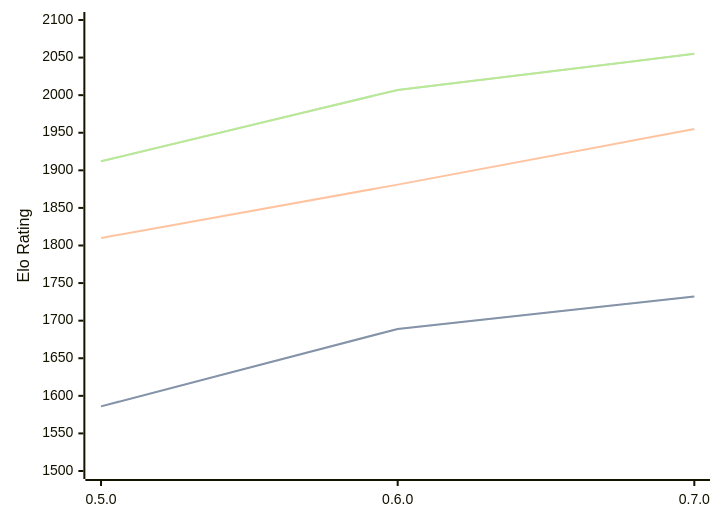
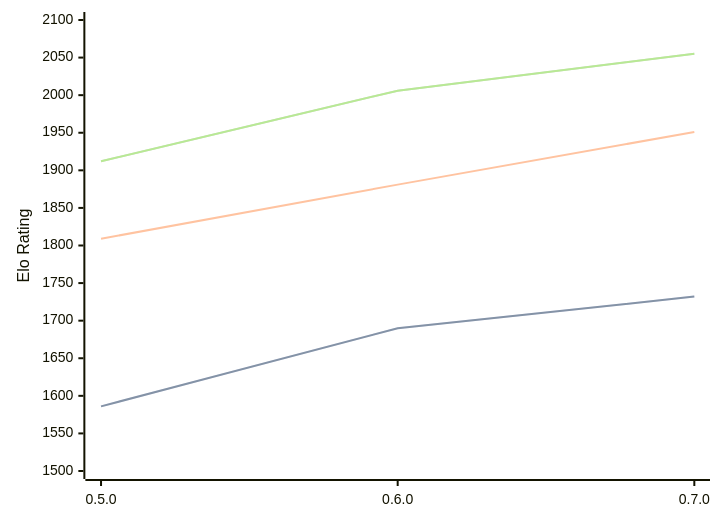
One commit to computer-chess-index/cci changed the diagram in engines/Chess-rs.md. Above: the diagram before and after it, drawn with Mermaid. The commit also changed other lines of this file, not shown here.

Commit message:
Update CCI Ratings (ELO VLTC) - 2026-03-22

````diff
--- a/engines/Chess-rs.md
+++ b/engines/Chess-rs.md
@@ -41,11 +41,11 @@
 ```mermaid
 %%{init: {"theme":"base","themeVariables":{"seriesColors:['#a3a3a3','#222221','#faa371']}}}%%
 xychart-beta
   x-axis ["0.5.0", "0.6.0", "0.7.0"]
   y-axis "Elo Rating" 1500 --> 2100
-  line "STC (8.0+0.08s)" [1586, 1689, 1732]
-  line "STC (8.0+0.08s)" [1586, 1689, 1732]
-  line "LTC (60.0+0.60s)" [1810, 1881, 1955]
-  line "VLTC (2m24s+1.12s)" [1912, 2007, 2055]
-  line "VLTC (2m24s+1.12s)" [1912, 2007, 2055]
+  line "STC (8.0+0.08s)" [1586, 1690, 1732]
+  line "STC (8.0+0.08s)" [1586, 1690, 1732]
+  line "LTC (60.0+0.60s)" [1809, 1881, 1951]
+  line "VLTC (2m24s+1.12s)" [1912, 2006, 2055]
+  line "VLTC (2m24s+1.12s)" [1912, 2006, 2055]
 ```
````
